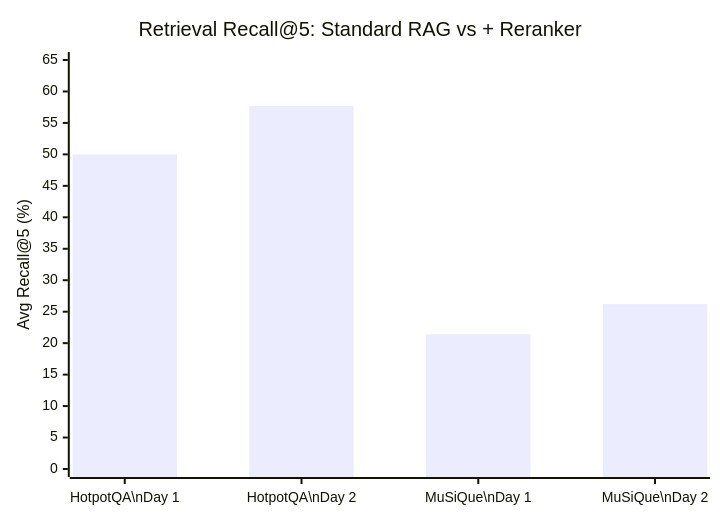
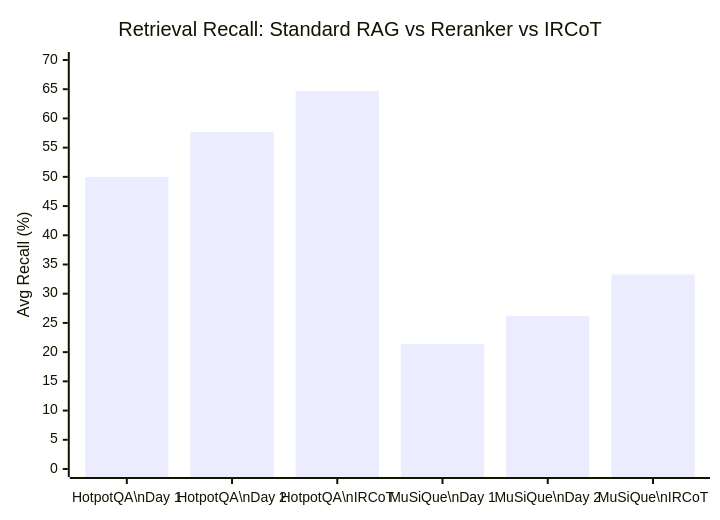
Diagram 11 of 27 in plans/feb5-key-findings.md (pradyutnair/msc-thesis), drawn with Mermaid before and after one commit. The commit also changed other lines of this file and 245 other files, not shown here.

````diff
--- a/plans/feb5-key-findings.md
+++ b/plans/feb5-key-findings.md
@@ -81,7 +172,7 @@
 ```mermaid
 xychart-beta
-    title "Retrieval Recall@5: Standard RAG vs + Reranker"
-    x-axis ["HotpotQA\nDay 1", "HotpotQA\nDay 2", "MuSiQue\nDay 1", "MuSiQue\nDay 2"]
-    y-axis "Avg Recall@5 (%)" 0 --> 65
-    bar [50.0, 57.7, 21.4, 26.2]
+    title "Retrieval Recall: Standard RAG vs Reranker vs IRCoT"
+    x-axis ["HotpotQA\nDay 1", "HotpotQA\nDay 2", "HotpotQA\nIRCoT", "MuSiQue\nDay 1", "MuSiQue\nDay 2", "MuSiQue\nIRCoT"]
+    y-axis "Avg Recall (%)" 0 --> 70
+    bar [50.0, 57.7, 64.7, 21.4, 26.2, 33.3]
 ```
````
